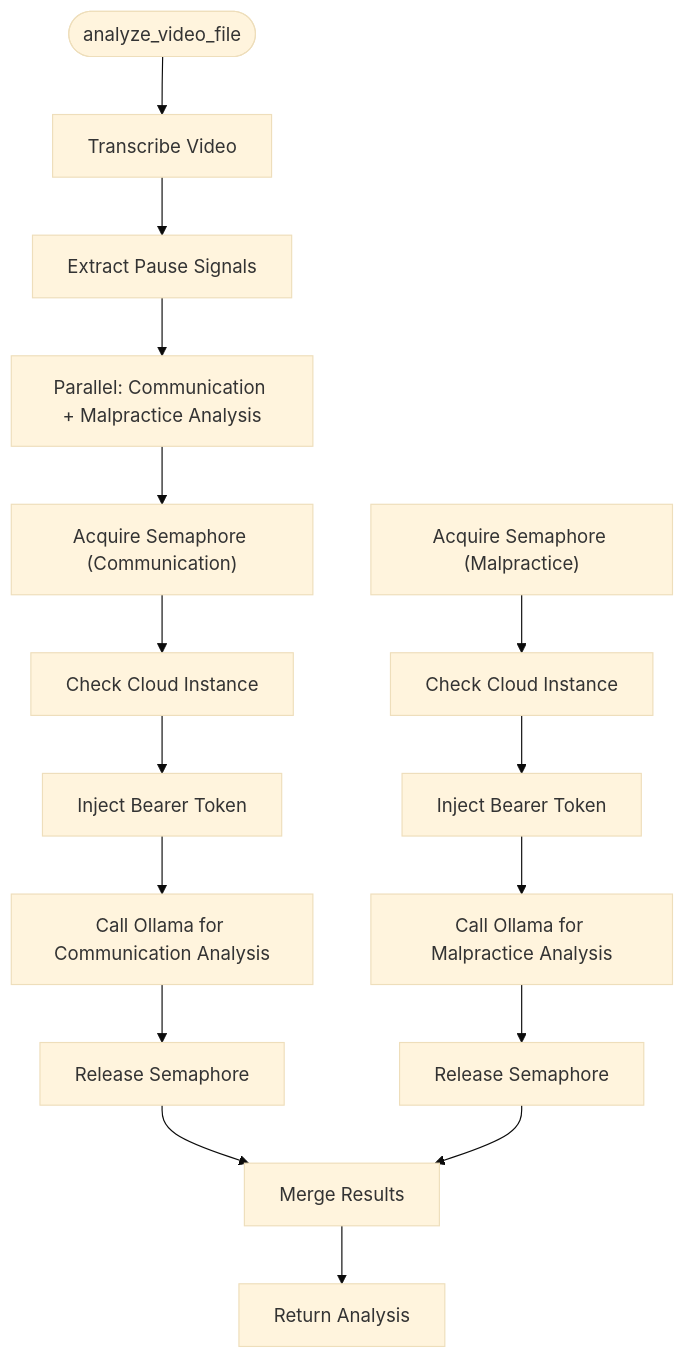
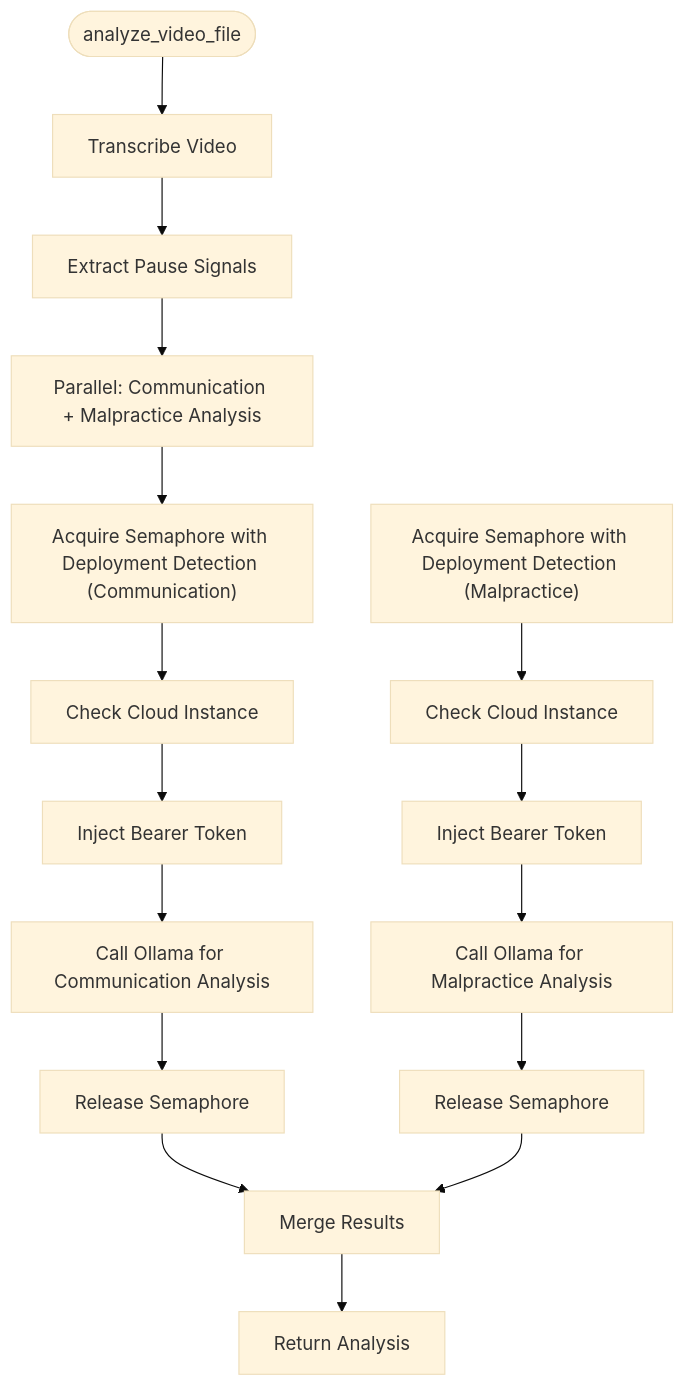
One commit to Revanththetalogics/aireume changed diagram 12 of 18 in .qoder/repowiki/en/content/Analysis Engine/LLM Service Integration.md. Above: the diagram before and after it, drawn with Mermaid (base theme). The commit also changed other lines of this file and 6 other files, not shown here.

````diff
--- a/.qoder/repowiki/en/content/Analysis Engine/LLM Service Integration.md
+++ b/.qoder/repowiki/en/content/Analysis Engine/LLM Service Integration.md
@@ -673,18 +744,18 @@
 ```mermaid
 flowchart TD
 Start(["analyze_video_file"]) --> Transcribe["Transcribe Video"]
 Transcribe --> ExtractSignals["Extract Pause Signals"]
 ExtractSignals --> ParallelExec["Parallel: Communication + Malpractice Analysis"]
-ParallelExec --> AcquireSem1["Acquire Semaphore (Communication)"]
+ParallelExec --> AcquireSem1["Acquire Semaphore with Deployment Detection (Communication)"]
 AcquireSem1 --> CloudCheck1["Check Cloud Instance"]
 CloudCheck1 --> InjectHeaders1["Inject Bearer Token"]
 InjectHeaders1 --> CallComm["Call Ollama for Communication Analysis"]
 CallComm --> ReleaseSem1["Release Semaphore"]
-AcquireSem2["Acquire Semaphore (Malpractice)"] --> CloudCheck2["Check Cloud Instance"]
+AcquireSem2["Acquire Semaphore with Deployment Detection (Malpractice)"] --> CloudCheck2["Check Cloud Instance"]
 CloudCheck2 --> InjectHeaders2["Inject Bearer Token"]
 InjectHeaders2 --> CallMal["Call Ollama for Malpractice Analysis"]
 CallMal --> ReleaseSem2["Release Semaphore"]
 ReleaseSem1 --> MergeResults["Merge Results"]
 ReleaseSem2 --> MergeResults
 MergeResults --> Return["Return Analysis"]
 ```
````
